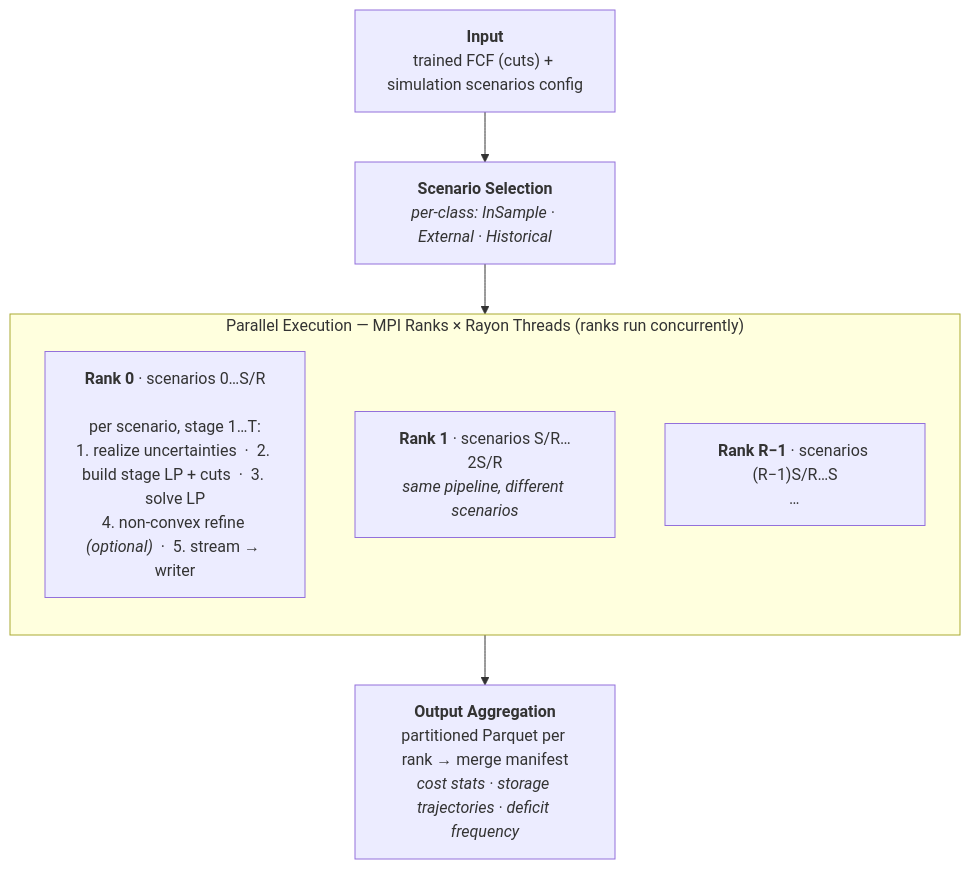
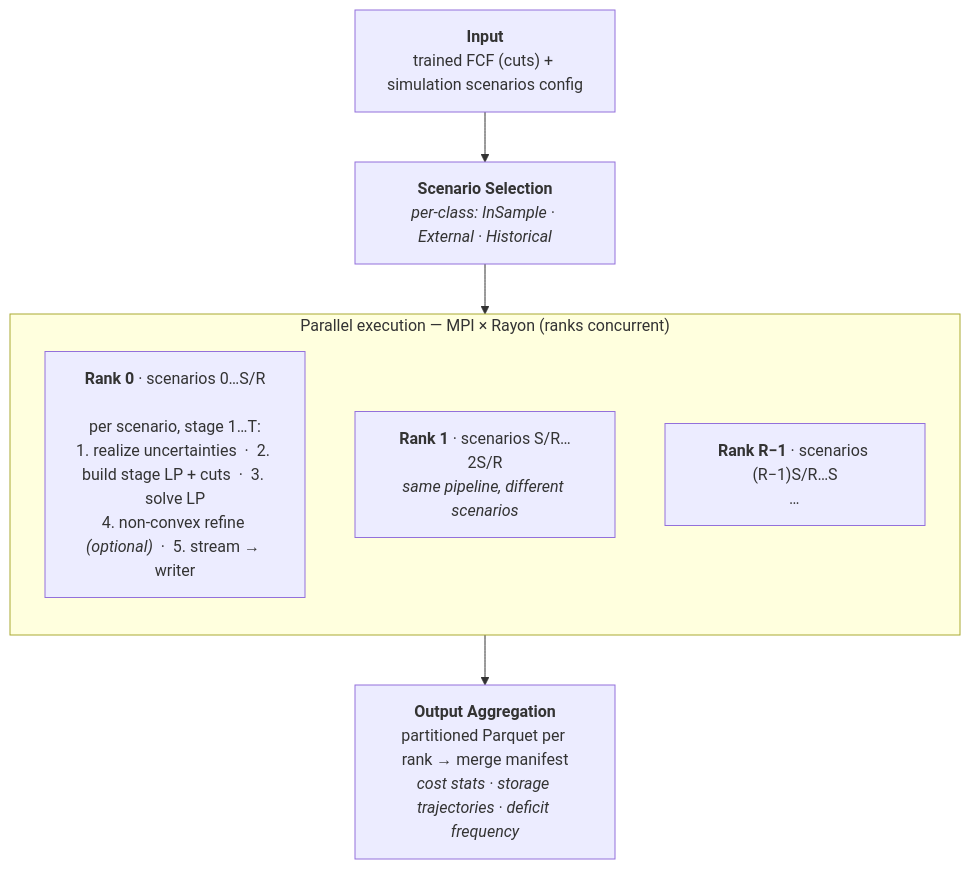
The diagram in src/specs/architecture/simulation-architecture.md (cobre-rs/cobre-docs), drawn with Mermaid before and after one commit. The commit also changed 4 other files, not shown here.

First line of the commit message:
docs: tune mermaid rendering for the narrow mdBook column

````diff
--- a/src/specs/architecture/simulation-architecture.md
+++ b/src/specs/architecture/simulation-architecture.md
@@ -17,14 +17,14 @@
 ```mermaid
 flowchart TB
     IN["<b>Input</b><br/>trained FCF (cuts) + simulation scenarios config"]
     SEL["<b>Scenario Selection</b><br/><i>per-class: InSample · External · Historical</i>"]
-    subgraph PE ["Parallel Execution — MPI Ranks × Rayon Threads (ranks run concurrently)"]
+    subgraph PE ["Parallel execution — MPI × Rayon (ranks concurrent)"]
         direction TB
         R0["<b>Rank 0</b> · scenarios 0…S/R<br/><br/>per scenario, stage 1…T:<br/>1. realize uncertainties  ·  2. build stage LP + cuts  ·  3. solve LP<br/>4. non-convex refine <i>(optional)</i>  ·  5. stream → writer"]
         R1["<b>Rank 1</b> · scenarios S/R…2S/R<br/><i>same pipeline, different scenarios</i>"]
         RD["<b>Rank R−1</b> · scenarios (R−1)S/R…S<br/><i>…</i>"]
     end
     OUT["<b>Output Aggregation</b><br/>partitioned Parquet per rank → merge manifest<br/><i>cost stats · storage trajectories · deficit frequency</i>"]
 
     IN --> SEL --> PE --> OUT
 ```
````
